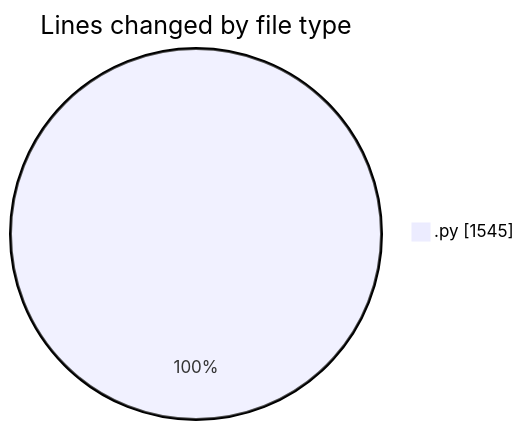
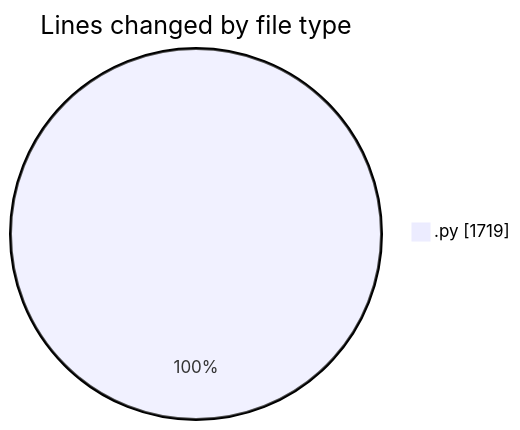
Before and after one commit to MatusMokan/code-tracking: the first of 2 diagrams in 2025-05-08/myws__workspace_/README.md, drawn with Mermaid. The commit also changed other lines of this file and 1 other file, not shown here.

````diff
--- a/2025-05-08/myws__workspace_/README.md
+++ b/2025-05-08/myws__workspace_/README.md
@@ -22,5 +22,5 @@
 ```mermaid
 pie showData
 title Lines changed by file type
-".py" : 1545
+".py" : 1719
 ```
````
